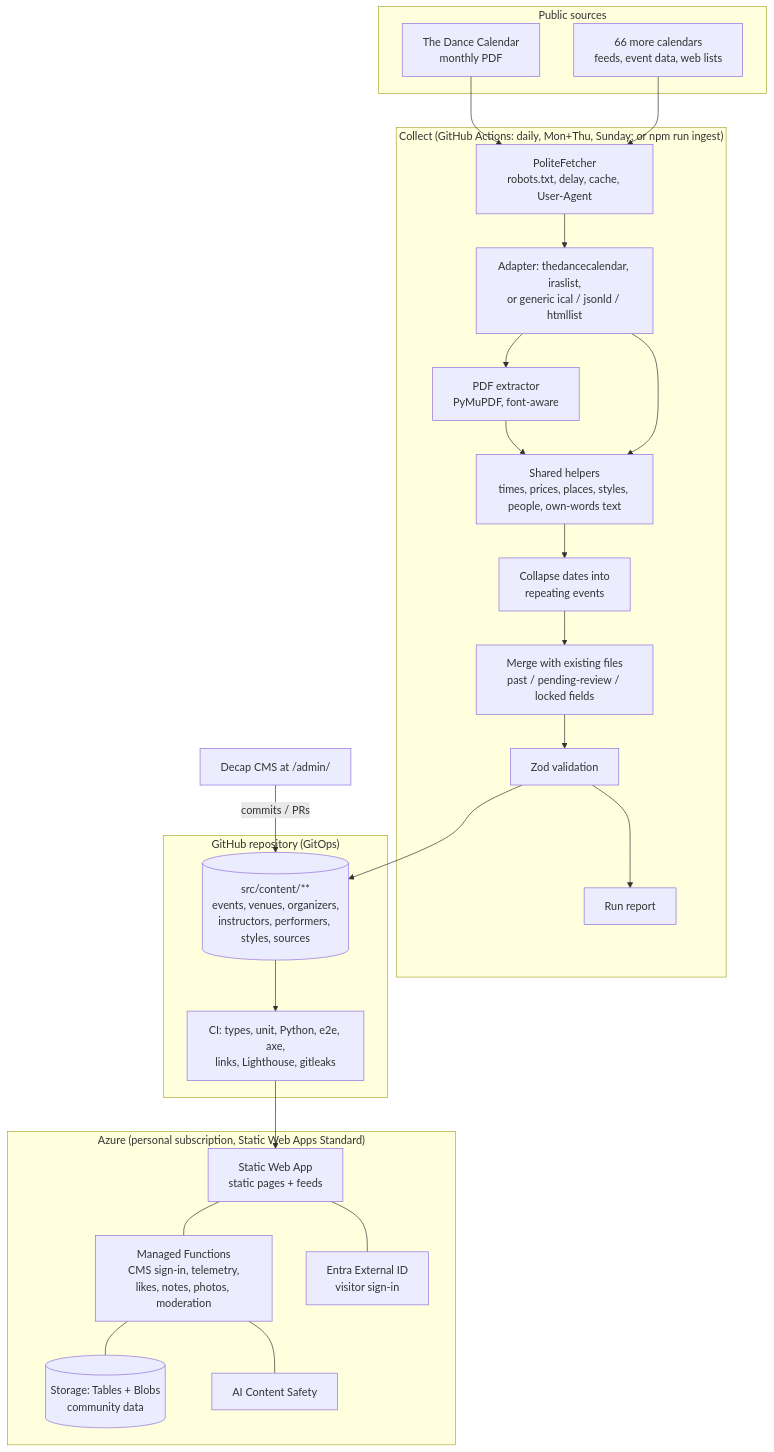
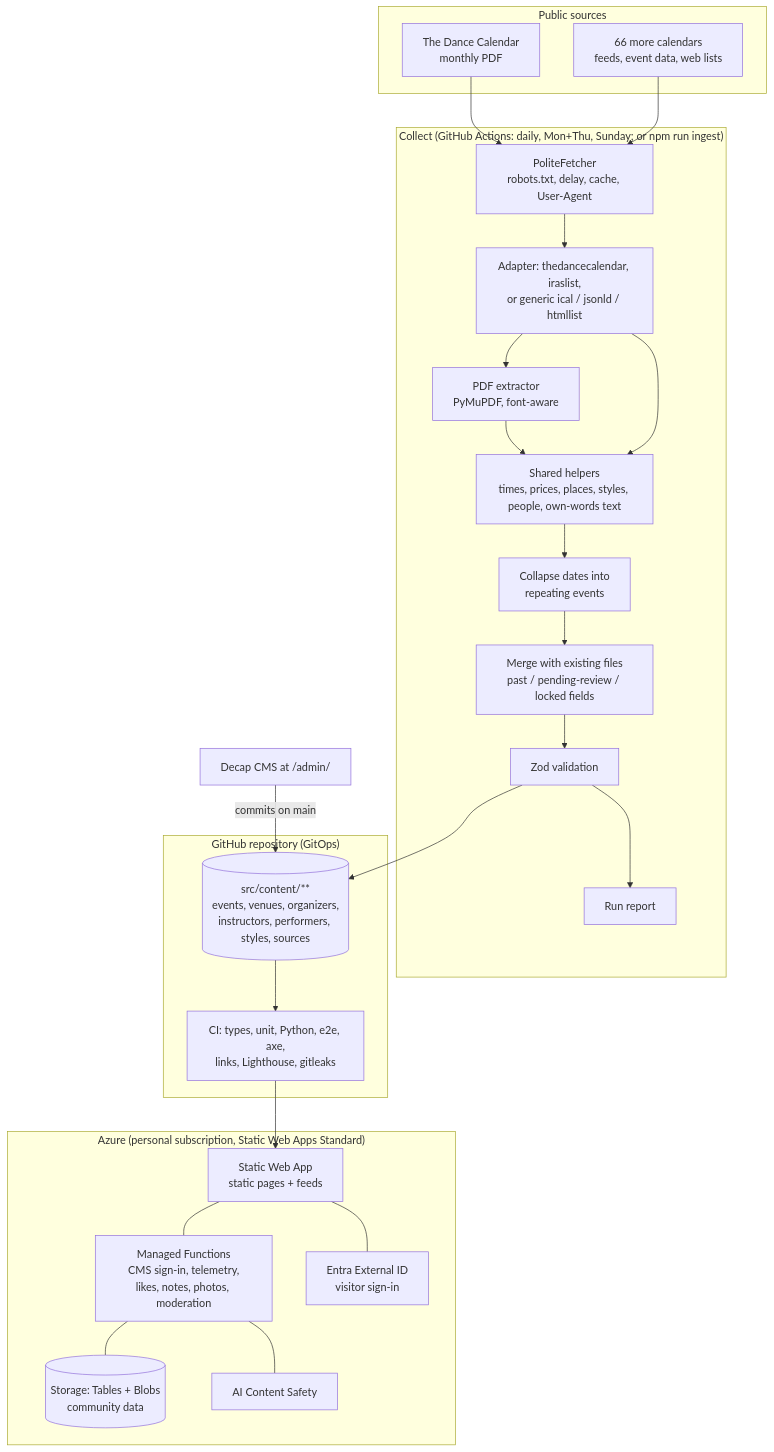
Before and after one commit to michaelsrichter/long-island-dance-events: the first of 4 diagrams in docs/architecture.md, drawn with Mermaid. The commit also changed other lines of this file and 11 other files, not shown here.

````diff
--- a/docs/architecture.md
+++ b/docs/architecture.md
@@ -7,39 +7,39 @@
 ```mermaid
 flowchart TB
   subgraph Sources["Public sources"]
     S1[The Dance Calendar<br/>monthly PDF]
     S2[66 more calendars<br/>feeds, event data, web lists]
   end
   subgraph Collect["Collect (GitHub Actions: daily, Mon+Thu, Sunday; or npm run ingest)"]
     F[PoliteFetcher<br/>robots.txt, delay, cache, User-Agent]
     AD[Adapter: thedancecalendar, iraslist,<br/>or generic ical / jsonld / htmllist]
     PY[PDF extractor<br/>PyMuPDF, font-aware]
     N[Shared helpers<br/>times, prices, places, styles, people, own-words text]
     C[Collapse dates into<br/>repeating events]
     M[Merge with existing files<br/>past / pending-review / locked fields]
     V[Zod validation]
     R[Run report]
   end
   subgraph Repo["GitHub repository (GitOps)"]
     D[(src/content/**<br/>events, venues, organizers,<br/>instructors, performers, styles, sources)]
     CI[CI: types, unit, Python, e2e, axe,<br/>links, Lighthouse, gitleaks]
   end
   subgraph Azure["Azure (personal subscription, Static Web Apps Standard)"]
     SWA[Static Web App<br/>static pages + feeds]
     FN[Managed Functions<br/>CMS sign-in, telemetry,<br/>likes, notes, photos, moderation]
     ST[(Storage: Tables + Blobs<br/>community data)]
     EXT[Entra External ID<br/>visitor sign-in]
     CS[AI Content Safety]
   end
   S1 --> F
   S2 --> F
   F --> AD
   AD --> PY --> N
   AD --> N --> C --> M --> V --> D
   V --> R
   D --> CI --> SWA
-  CMS[Decap CMS at /admin/] -->|commits / PRs| D
+  CMS[Decap CMS at /admin/] -->|commits on main| D
   SWA --- FN --- ST
   SWA --- EXT
   FN --- CS
 ```
````
